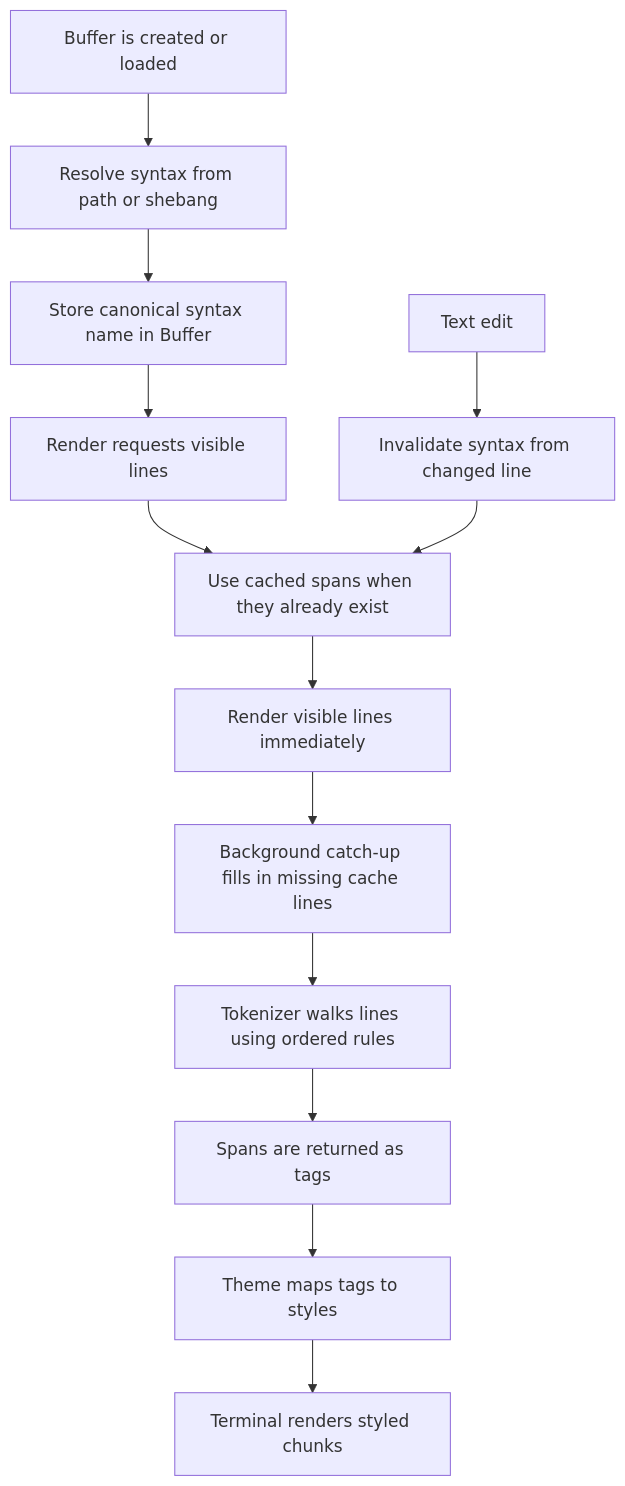
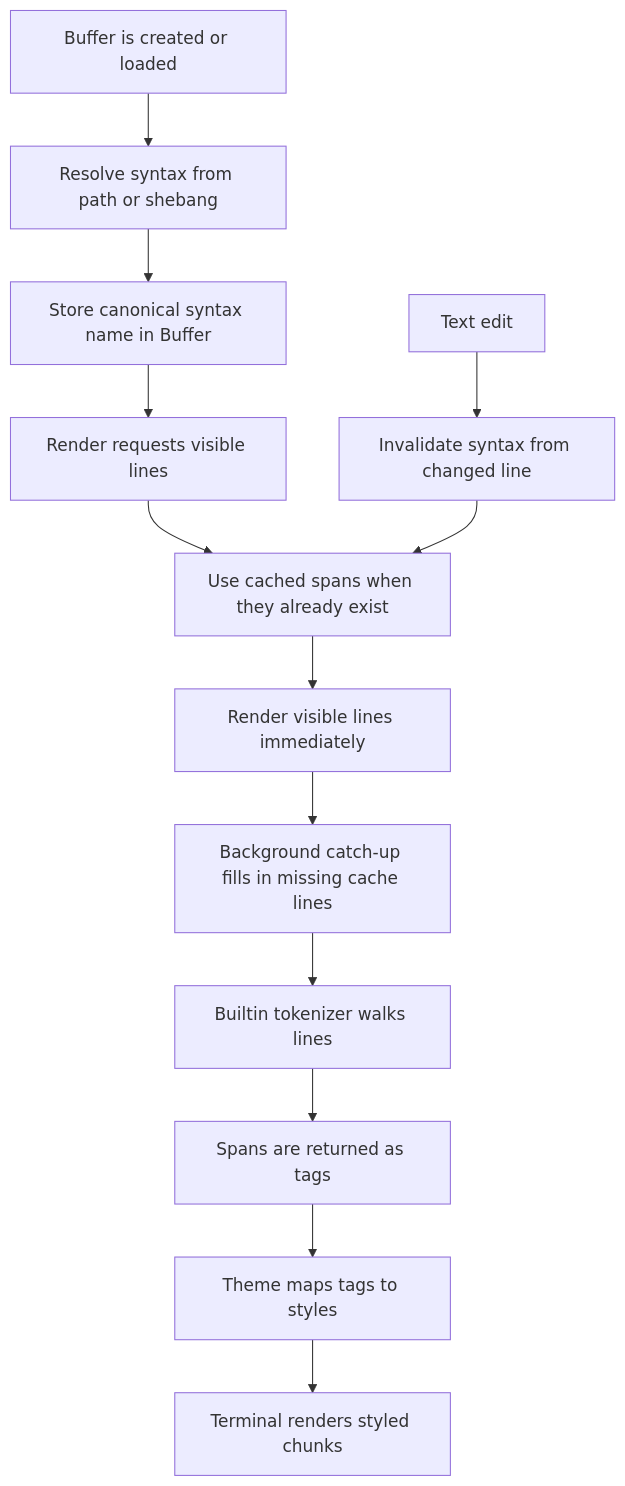
The diagram in docs/syntax/highlighting.md (ursuscamp/urvim), drawn with Mermaid before and after one commit. The commit also changed other lines of this file and 158 other files, not shown here.

````diff
--- a/docs/syntax/highlighting.md
+++ b/docs/syntax/highlighting.md
@@ -50,15 +50,15 @@
 ```mermaid
 flowchart TD
     A["Buffer is created or loaded"] --> B["Resolve syntax from path or shebang"]
     B --> C["Store canonical syntax name in Buffer"]
     C --> D["Render requests visible lines"]
     D --> E["Use cached spans when they already exist"]
     E --> F["Render visible lines immediately"]
     F --> G["Background catch-up fills in missing cache lines"]
-    G --> H["Tokenizer walks lines using ordered rules"]
+    G --> H["Builtin tokenizer walks lines"]
     H --> I["Spans are returned as tags"]
     I --> J["Theme maps tags to styles"]
     J --> K["Terminal renders styled chunks"]
     L["Text edit"] --> M["Invalidate syntax from changed line"]
     M --> E
 ```
````
